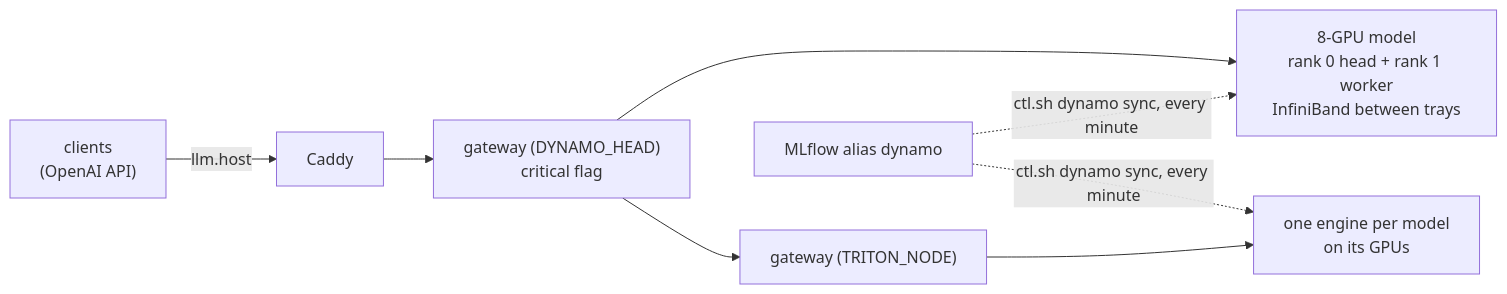
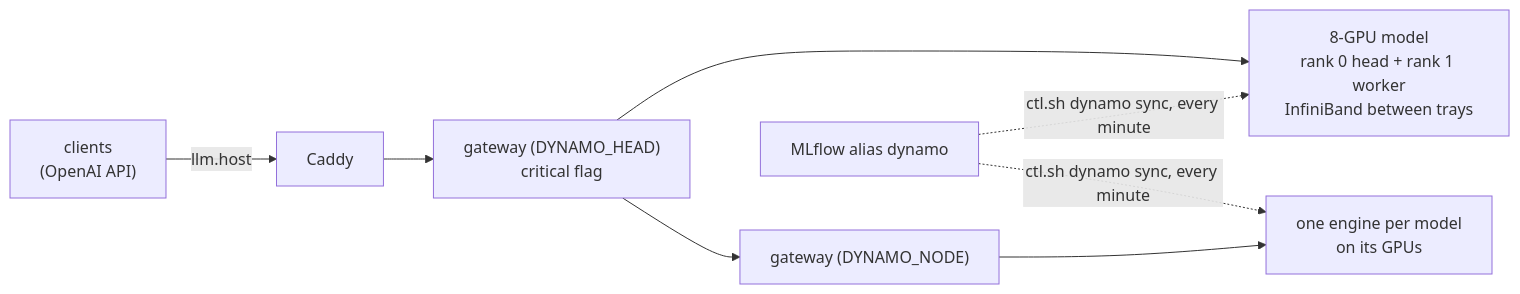
The diagram in services/dynamo/README.md (cnboonhan/data-flywheel), drawn with Mermaid before and after one commit. The commit also changed other lines of this file and 11 other files, not shown here.

First line of the commit message:
Triton on one GPU, no TRITON_TOKEN, DYNAMO_NODE for the single-node models

````diff
--- a/services/dynamo/README.md
+++ b/services/dynamo/README.md
@@ -5,7 +5,7 @@
 ```mermaid
 flowchart LR
   C["clients<br/>(OpenAI API)"] -->|llm.host| Caddy --> G["gateway (DYNAMO_HEAD)<br/>critical flag"]
   G --> T["8-GPU model<br/>rank 0 head + rank 1 worker<br/>InfiniBand between trays"]
-  G --> G2["gateway (TRITON_NODE)"] --> S["one engine per model<br/>on its GPUs"]
+  G --> G2["gateway (DYNAMO_NODE)"] --> S["one engine per model<br/>on its GPUs"]
   M["MLflow alias dynamo"] -.->|ctl.sh dynamo sync, every minute| T & S
 ```
````
